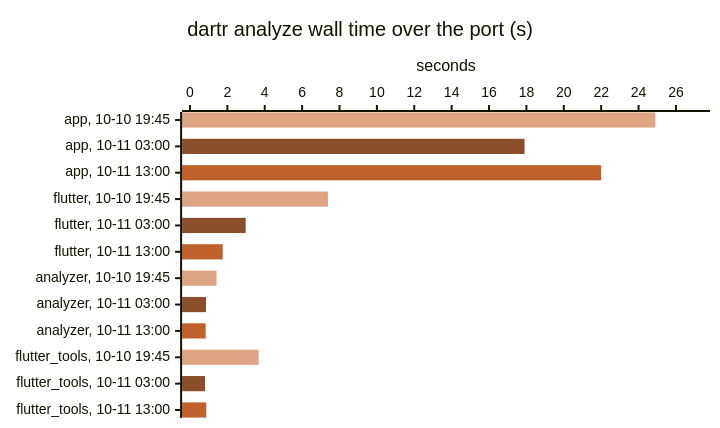
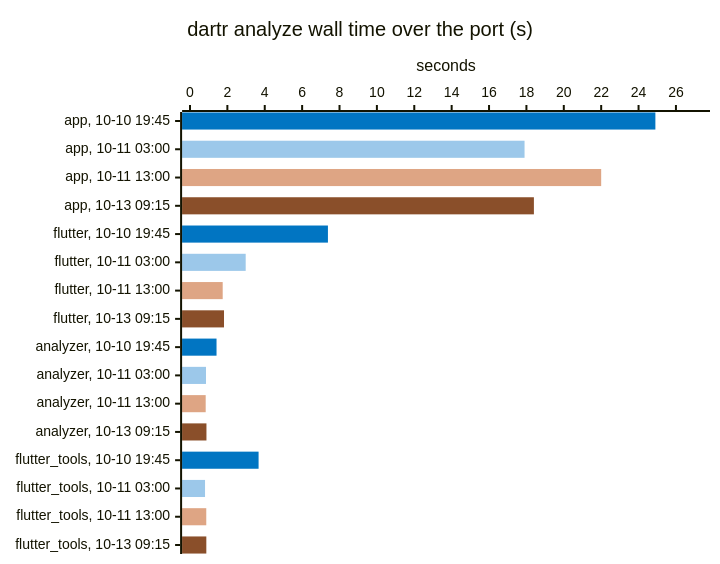
Diagram 11 of 15 in docs/BENCHMARKS.md (orestesgaolin/dartr), drawn with Mermaid before and after one commit. The commit also changed other lines of this file and 3 other files, not shown here.

````diff
--- a/docs/BENCHMARKS.md
+++ b/docs/BENCHMARKS.md
@@ -209,18 +209,19 @@
 ```mermaid
 ---
 config:
   xyChart:
-    height: 408
+    height: 544
   themeVariables:
     xyChart:
-      plotColorPalette: "#DEA584, #8A4F2A, #C0602A"
+      plotColorPalette: "#0175C2, #9CC8EA, #DEA584, #8A4F2A"
 ---
 xychart-beta horizontal
     %% -100 = no bar: one series per measurement gives each its own color
     title "dartr analyze wall time over the port (s)"
-    x-axis ["app, 10-10 19:45", "app, 10-11 03:00", "app, 10-11 13:00", "flutter, 10-10 19:45", "flutter, 10-11 03:00", "flutter, 10-11 13:00", "analyzer, 10-10 19:45", "analyzer, 10-11 03:00", "analyzer, 10-11 13:00", "flutter_tools, 10-10 19:45", "flutter_tools, 10-11 03:00", "flutter_tools, 10-11 13:00"]
+    x-axis ["app, 10-10 19:45", "app, 10-11 03:00", "app, 10-11 13:00", "app, 10-13 09:15", "flutter, 10-10 19:45", "flutter, 10-11 03:00", "flutter, 10-11 13:00", "flutter, 10-13 09:15", "analyzer, 10-10 19:45", "analyzer, 10-11 03:00", "analyzer, 10-11 13:00", "analyzer, 10-13 09:15", "flutter_tools, 10-10 19:45", "flutter_tools, 10-11 03:00", "flutter_tools, 10-11 13:00", "flutter_tools, 10-13 09:15"]
     y-axis "seconds" 0 --> 27.4
-    bar [24.9, -100, -100, 7.38, -100, -100, 1.42, -100, -100, 3.67, -100, -100]
-    bar [-100, 17.9, -100, -100, 2.98, -100, -100, 0.856, -100, -100, 0.805, -100]
-    bar [-100, -100, 22.0, -100, -100, 1.75, -100, -100, 0.84, -100, -100, 0.871]
+    bar [24.9, -100, -100, -100, 7.38, -100, -100, -100, 1.42, -100, -100, -100, 3.67, -100, -100, -100]
+    bar [-100, 17.9, -100, -100, -100, 2.98, -100, -100, -100, 0.856, -100, -100, -100, 0.805, -100, -100]
+    bar [-100, -100, 22.0, -100, -100, -100, 1.75, -100, -100, -100, 0.84, -100, -100, -100, 0.871, -100]
+    bar [-100, -100, -100, 18.4, -100, -100, -100, 1.82, -100, -100, -100, 0.881, -100, -100, -100, 0.874]
 ```
````
